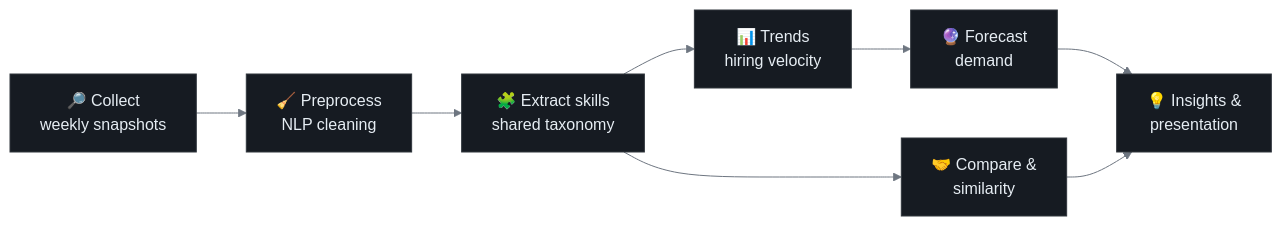
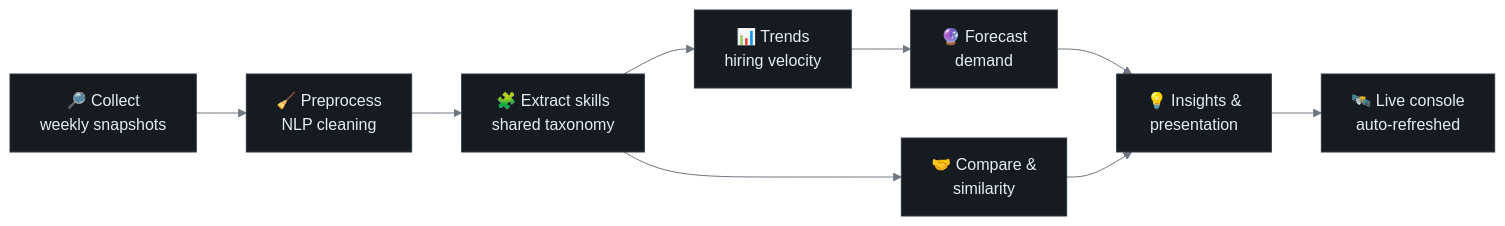
One commit to FrankPonce/competitor-demand-prediction changed the diagram in README.md. Above: the diagram before and after it, drawn with Mermaid. The commit also changed other lines of this file and 34 other files, not shown here.

````diff
--- a/README.md
+++ b/README.md
@@ -26,11 +28,12 @@
 ```mermaid
 %%{init: {'theme':'base','themeVariables':{'background':'#0d1117','primaryColor':'#161b22','primaryTextColor':'#e6edf3','primaryBorderColor':'#30363d','lineColor':'#6e7681','fontFamily':'Segoe UI, Inter, sans-serif'}}}%%
 flowchart LR
     A[🔎 Collect<br/>weekly snapshots] --> B[🧹 Preprocess<br/>NLP cleaning]
     B --> C[🧩 Extract skills<br/>shared taxonomy]
     C --> D[📊 Trends<br/>hiring velocity]
     D --> E[🔮 Forecast<br/>demand]
     C --> F[🤝 Compare &<br/>similarity]
     E --> G[💡 Insights &<br/>presentation]
     F --> G
+    G --> H[🛰️ Live console<br/>auto-refreshed]
 ```
````
